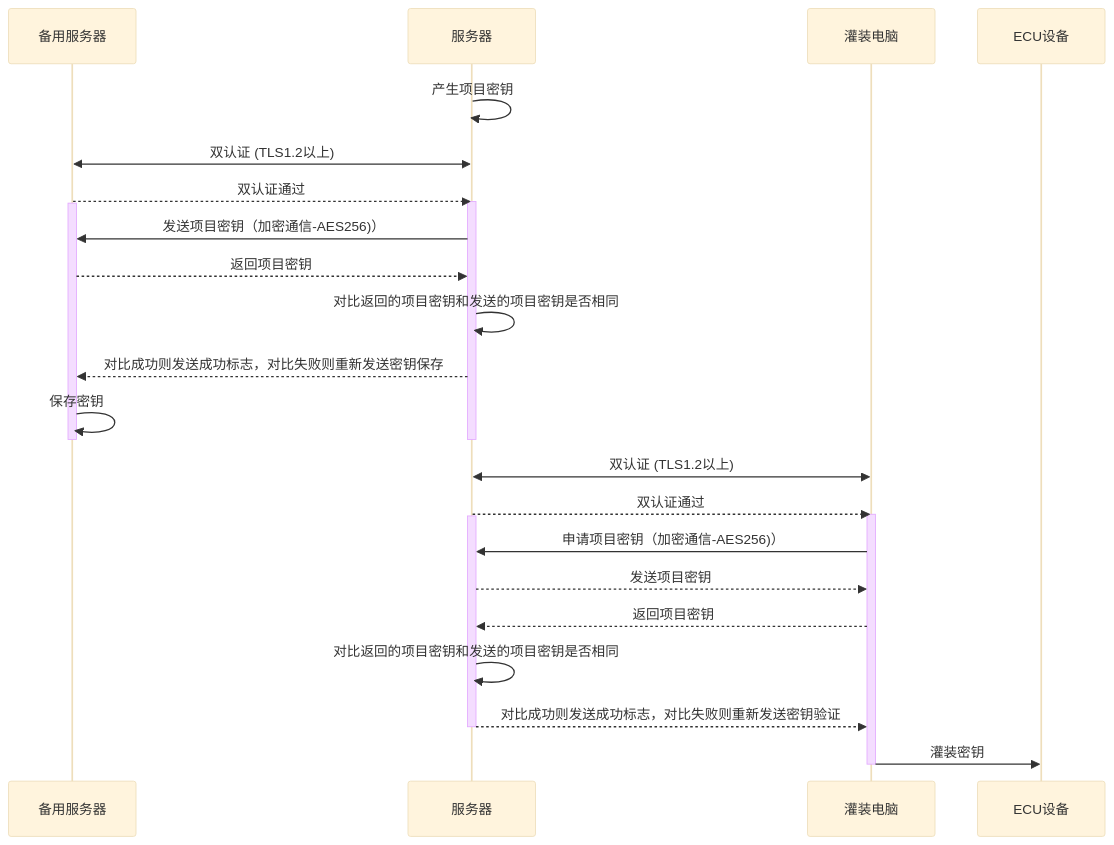
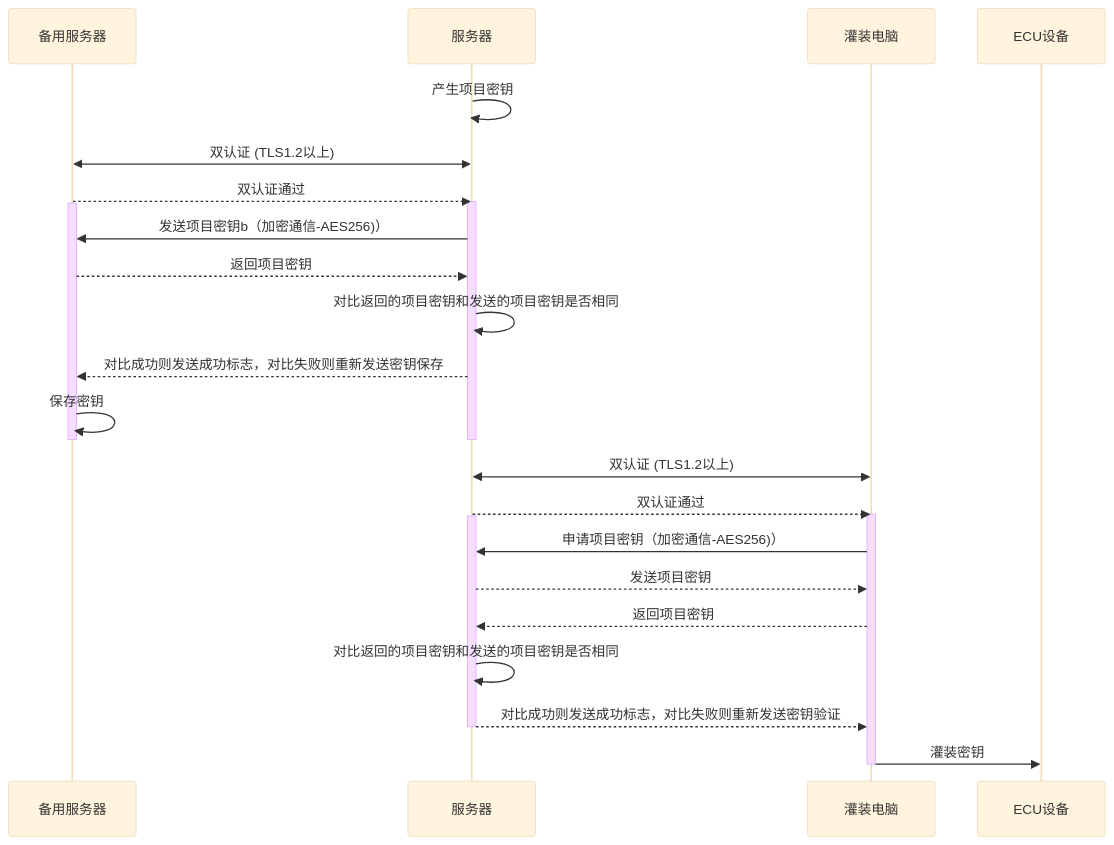
One commit to facebook-cloud/iodraw-files changed the diagram in all/未命名-10.md. Above: the diagram before and after it, drawn with Mermaid (base theme).

Commit message:
2026-01-15 11:31:13 update

````diff
--- a/all/未命名-10.md
+++ b/all/未命名-10.md
@@ -1,35 +1,35 @@
 ```mermaid
 sequenceDiagram
     participant B as 备用服务器
     participant A as 服务器
     participant C as 灌装电脑
     participant D as ECU设备
 
     A->>A: 产生项目密钥
     A<<->>B: 双认证 (TLS1.2以上)
     B-->>A: 双认证通过
     activate A
     activate B
-    A->>B: 发送项目密钥（加密通信-AES256)）
+    A->>B: 发送项目密钥b（加密通信-AES256)）
     B-->>A: 返回项目密钥
 
     A->>A: 对比返回的项目密钥和发送的项目密钥是否相同
     A-->>B: 对比成功则发送成功标志，对比失败则重新发送密钥保存
     B->>B: 保存密钥
     deactivate B
     deactivate A
 
     C<<->>A: 双认证 (TLS1.2以上)
     A-->>C: 双认证通过
     activate C
     activate A
     C->>A: 申请项目密钥（加密通信-AES256)）
     A-->>C: 发送项目密钥
     C-->>A: 返回项目密钥
     A->>A: 对比返回的项目密钥和发送的项目密钥是否相同
     A-->>C: 对比成功则发送成功标志，对比失败则重新发送密钥验证
     deactivate A
     C->>D: 灌装密钥
     deactivate C
 
 ```
````
